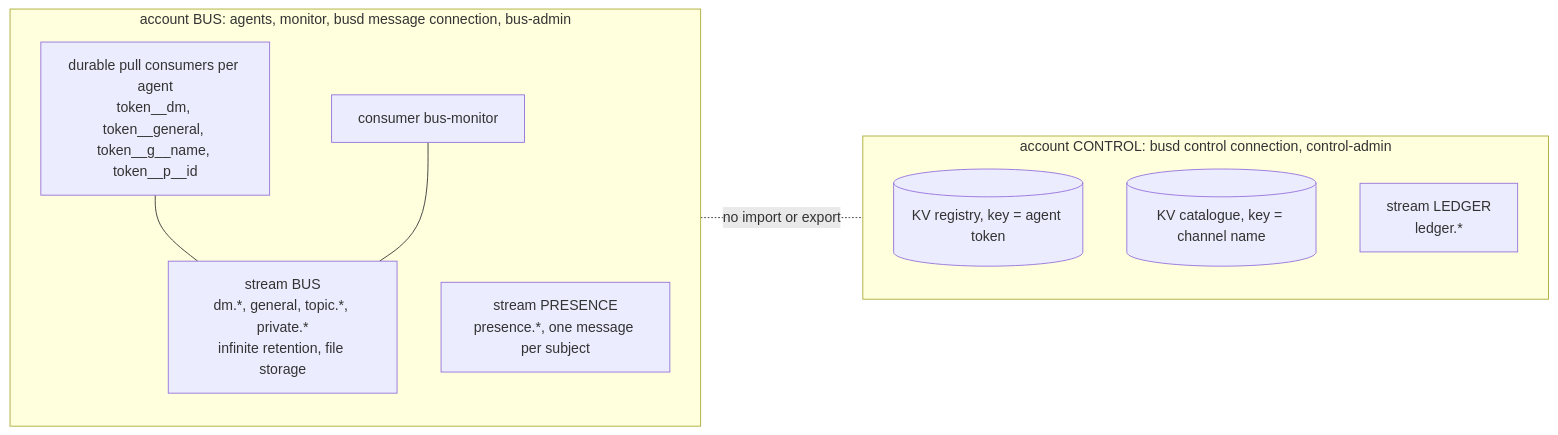
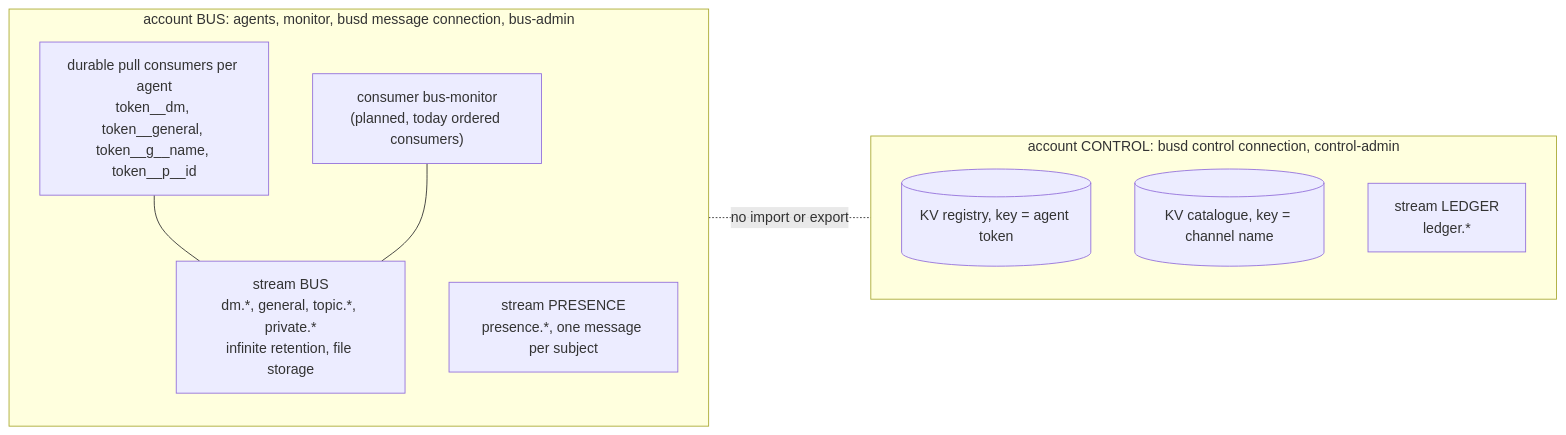
The diagram in docs/design/jetstream-binding.md (gentoomaniac/agent-bus), drawn with Mermaid before and after one commit. The commit also changed other lines of this file and 1 other file, not shown here.

Commit message:
docs/design: access control and JetStream binding mark bus-monitor and agent registry reads planned, list the CONTROL logins
Claude-Session: https://claude.ai/code/session_017TJfhSr2WK61gHsPvC1vCP

````diff
--- a/docs/design/jetstream-binding.md
+++ b/docs/design/jetstream-binding.md
@@ -19,17 +19,17 @@
 ```mermaid
 flowchart LR
   subgraph bus["account BUS: agents, monitor, busd message connection, bus-admin"]
     bstream["stream BUS<br/>dm.*, general, topic.*, private.*<br/>infinite retention, file storage"]
     pstream["stream PRESENCE<br/>presence.*, one message per subject"]
     consumers["durable pull consumers per agent<br/>token__dm, token__general, token__g__name, token__p__id"]
-    mcons["consumer bus-monitor"]
+    mcons["consumer bus-monitor<br/>(planned, today ordered consumers)"]
   end
   subgraph control["account CONTROL: busd control connection, control-admin"]
     reg[("KV registry, key = agent token")]
     cat[("KV catalogue, key = channel name")]
     ledger["stream LEDGER<br/>ledger.*"]
   end
   consumers --- bstream
   mcons --- bstream
   bus -.-|"no import or export"| control
 ```
````
